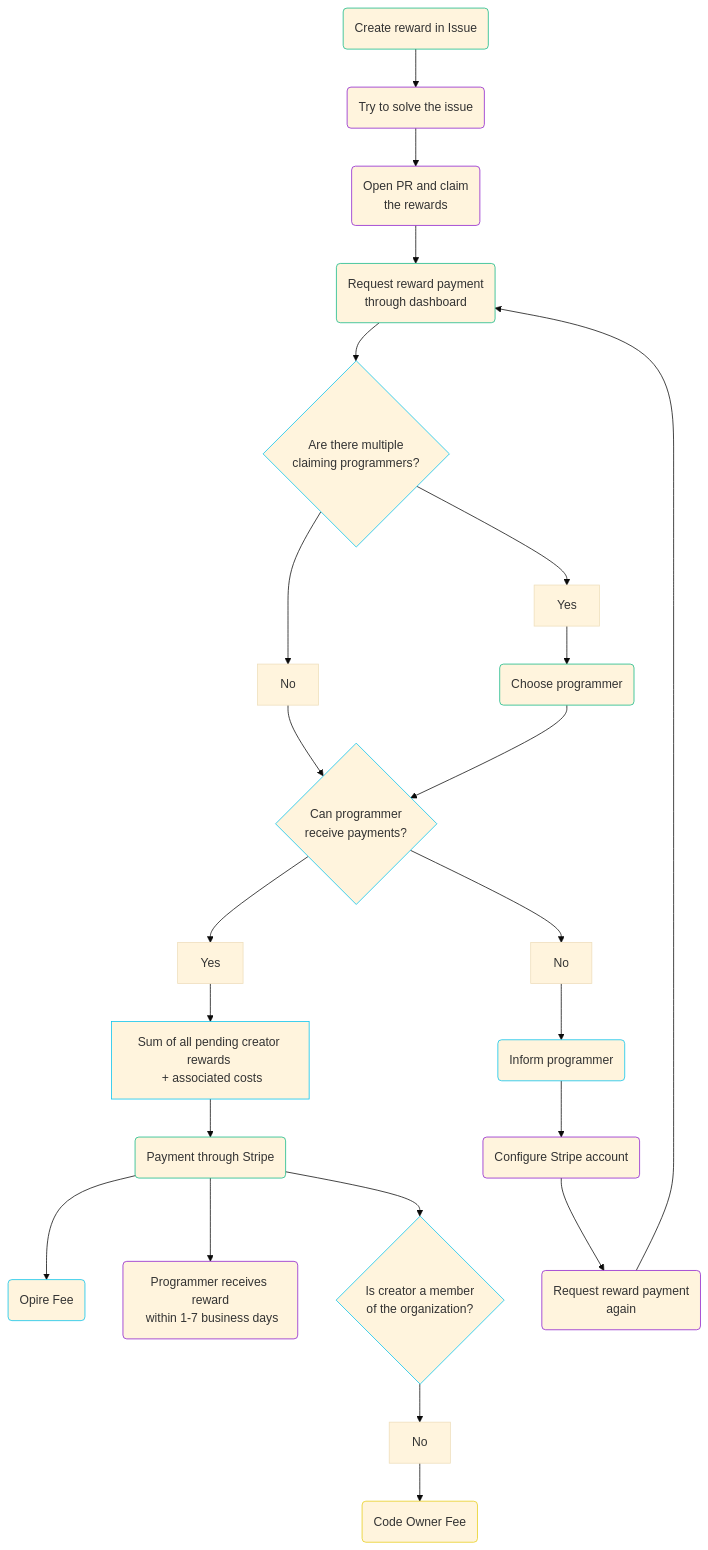
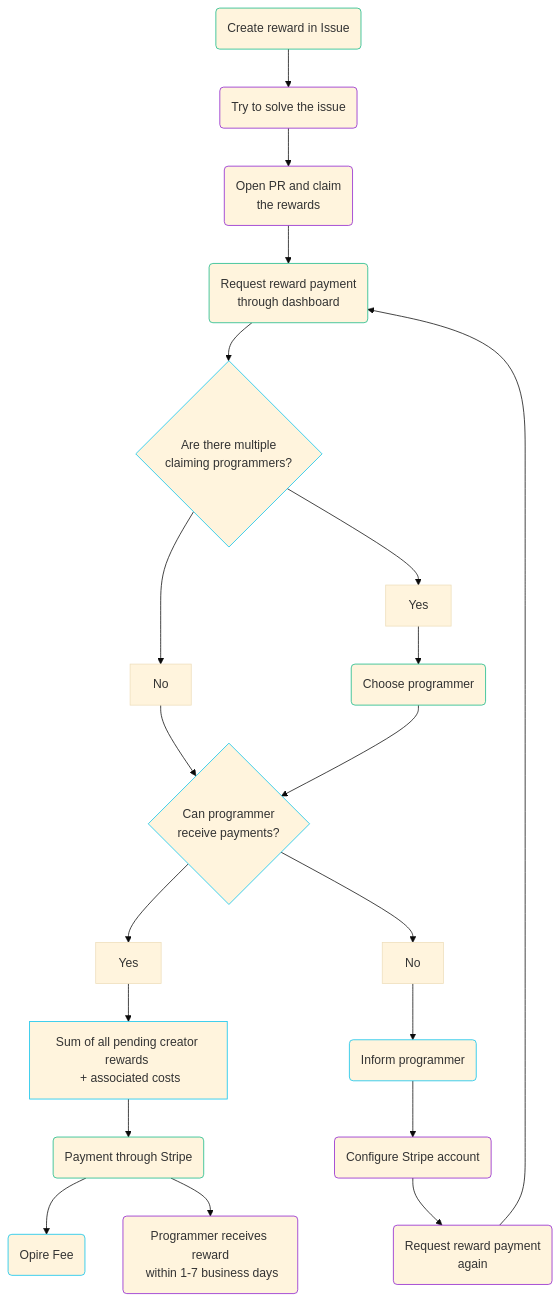
The second of 2 diagrams in pages/rewards/lifecycle.en.mdx (Opire/docs), drawn with Mermaid (base theme) before and after one commit. The commit also changed other lines of this file and 34 other files, not shown here.

Commit message:
Remove code owner fee references

````diff
--- a/pages/rewards/lifecycle.en.mdx
+++ b/pages/rewards/lifecycle.en.mdx
@@ -49,22 +41,21 @@
 ```mermaid
 flowchart TD
     classDef opire stroke:#06C2EC
     classDef creator stroke:#12b886
     classDef programmer stroke:#8D1DCD
     classDef codeowner stroke:#E7CE1B
     create_reward(Create reward in Issue):::creator --> try_to_solve(Try to solve the issue):::programmer
     try_to_solve --> claim_rewards(Open PR and claim <br/>the rewards):::programmer
     claim_rewards --> pay_request(Request reward payment <br/>through dashboard):::creator
     pay_request --> multiple_programmers{Are there multiple<br/>claiming programmers?}:::opire
     multiple_programmers --> multiple_programmers_no[No] --> can_programmer_be_paid{Can programmer<br/>receive payments?}:::opire
     multiple_programmers --> multiple_programmers_yes[Yes] --> choose_programmer(Choose programmer):::creator --> can_programmer_be_paid
     can_programmer_be_paid --> can_programmer_be_paid_yes[Yes] --> sum_rewards_amount[Sum of all pending creator rewards <br/> + associated costs]:::opire
     sum_rewards_amount --> pay_from_stripe(Payment through Stripe):::creator
     pay_from_stripe --> opire_fee(Opire Fee):::opire
     pay_from_stripe --> programmer_payment(Programmer receives reward<br/> within 1-7 business days):::programmer
-    pay_from_stripe --> creator_is_member{Is creator a member<br/> of the organization?}:::opire -->  creator_is_not_member[No] --> codeowner_fee(Code Owner Fee):::codeowner
     can_programmer_be_paid --> can_programmer_be_paid_no[No] --> D(Inform programmer):::opire
     D --> H(Configure Stripe account):::programmer
     H --> I(Request reward payment <br/>again):::programmer
     I --> pay_request
 ```
````
